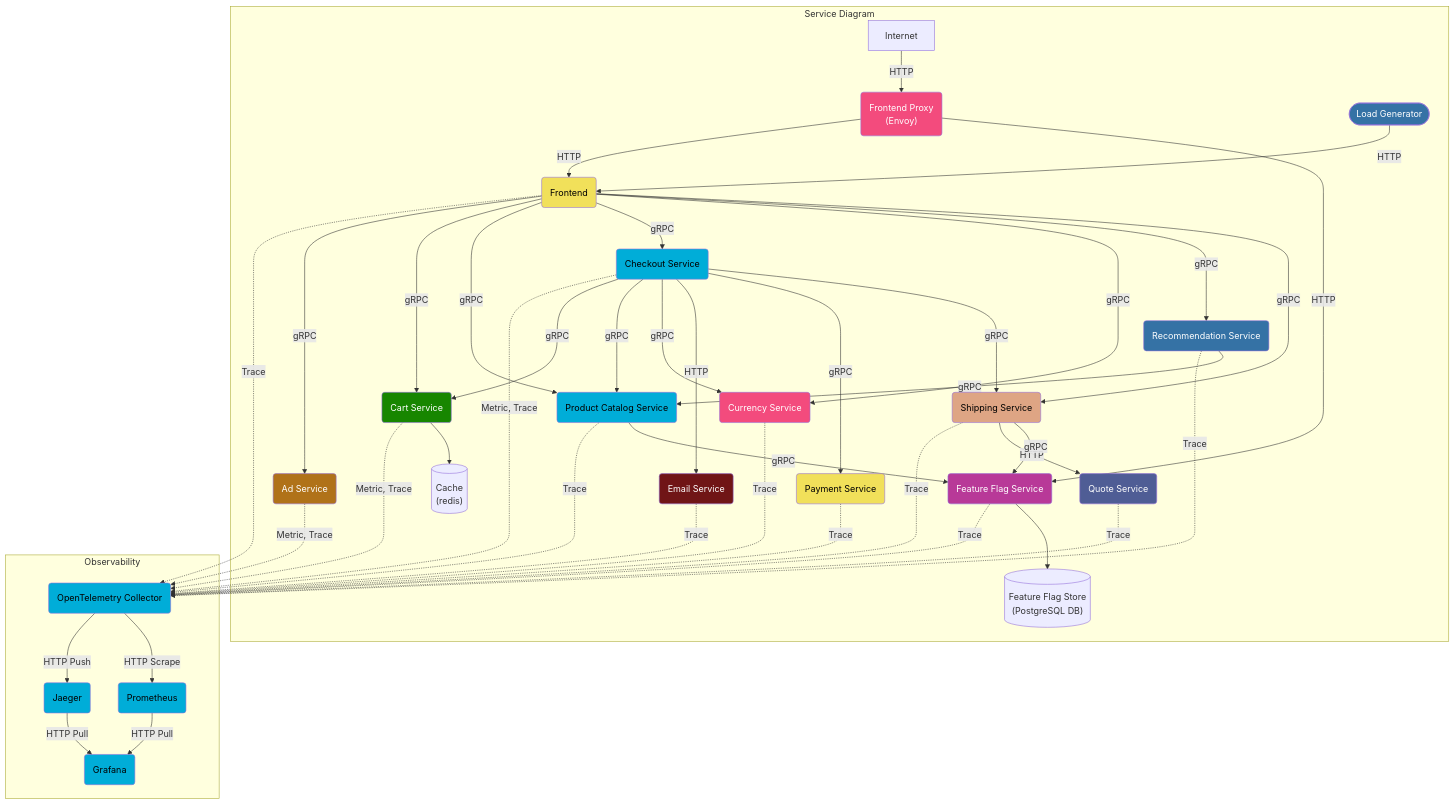
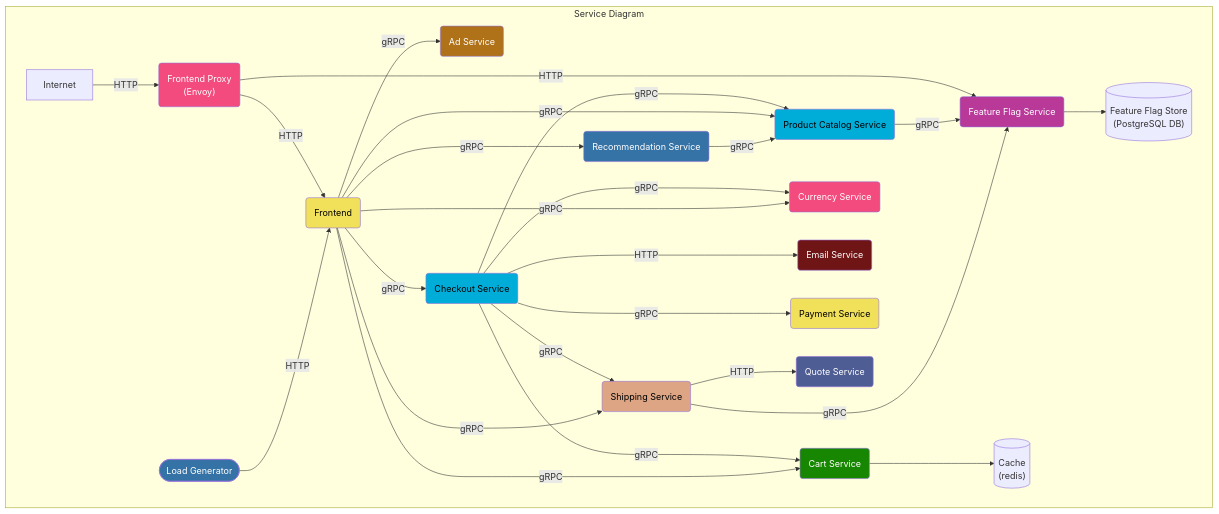
Before and after one commit to open-telemetry/opentelemetry-demo: the first of 3 diagrams in docs/current_architecture.md, drawn with Mermaid.

Commit message:
Cleanup based on feedback
Reverted the service architecture back to the original
Moved Service Legend to the bottom
Cleaned up trailing whitespace highlighted by sanity check

````diff
--- a/docs/current_architecture.md
+++ b/docs/current_architecture.md
@@ -7,78 +7,59 @@
 ```mermaid
 graph TD
-
-adservice & cartservice & checkoutservice -.->|Metric, Trace| otelcol
-currencyservice & emailservice & featureflagservice & frontend & paymentservice & productcatalogservice & recommendationservice & shippingservice & quoteservice -.->|Trace| otelcol
-
 subgraph Service Diagram
 adservice(Ad Service):::java
 cache[(Cache<br/>&#40redis&#41)]
 cartservice(Cart Service):::dotnet
 checkoutservice(Checkout Service):::golang
 currencyservice(Currency Service):::cpp
 emailservice(Email Service):::ruby
 frontend(Frontend):::javascript
 frontendproxy(Frontend Proxy <br/>&#40Envoy&#41):::cpp
 loadgenerator([Load Generator]):::python
 paymentservice(Payment Service):::javascript
 productcatalogservice(Product Catalog Service):::golang
 quoteservice(Quote Service):::php
 recommendationservice(Recommendation Service):::python
 shippingservice(Shipping Service):::rust
 featureflagservice(Feature Flag Service):::erlang
 featureflagstore[(Feature Flag Store<br/>&#40PostgreSQL DB&#41)]
 
 Internet -->|HTTP| frontendproxy
 frontendproxy -->|HTTP| frontend
 frontendproxy -->|HTTP| featureflagservice
 loadgenerator -->|HTTP| frontend
 
 checkoutservice --->|gRPC| cartservice --> cache
 checkoutservice --->|gRPC| productcatalogservice
 checkoutservice --->|gRPC| currencyservice
 checkoutservice --->|HTTP| emailservice
 checkoutservice --->|gRPC| paymentservice
 checkoutservice -->|gRPC| shippingservice
 
 frontend -->|gRPC| adservice
 frontend -->|gRPC| cartservice
 frontend -->|gRPC| productcatalogservice
 frontend -->|gRPC| checkoutservice
 frontend -->|gRPC| currencyservice
 frontend -->|gRPC| recommendationservice -->|gRPC| productcatalogservice
 frontend -->|gRPC| shippingservice -->|HTTP| quoteservice
 
 productcatalogservice -->|gRPC| featureflagservice
 
 shippingservice -->|gRPC| featureflagservice
 
 featureflagservice --> featureflagstore
 
 end 
 
-subgraph Observability
-
-otelcol(OpenTelemetry Collector):::golang
-prom(Prometheus):::golang
-jaeger(Jaeger):::golang
-grafana(Grafana):::golang
-
-
-otelcol -->|HTTP Push| jaeger
-otelcol -->|HTTP Scrape| prom
-jaeger -->|HTTP Pull| grafana
-prom -->|HTTP Pull| grafana
-
-end
-
 classDef java fill:#b07219,color:white;
 classDef dotnet fill:#178600,color:white;
 classDef golang fill:#00add8,color:black;
 classDef cpp fill:#f34b7d,color:white;
 classDef ruby fill:#701516,color:white;
 classDef python fill:#3572A5,color:white;
 classDef javascript fill:#f1e05a,color:black;
 classDef rust fill:#dea584,color:black;
 classDef erlang fill:#b83998,color:white;
 classDef php fill:#4f5d95,color:white;
 ```
````
